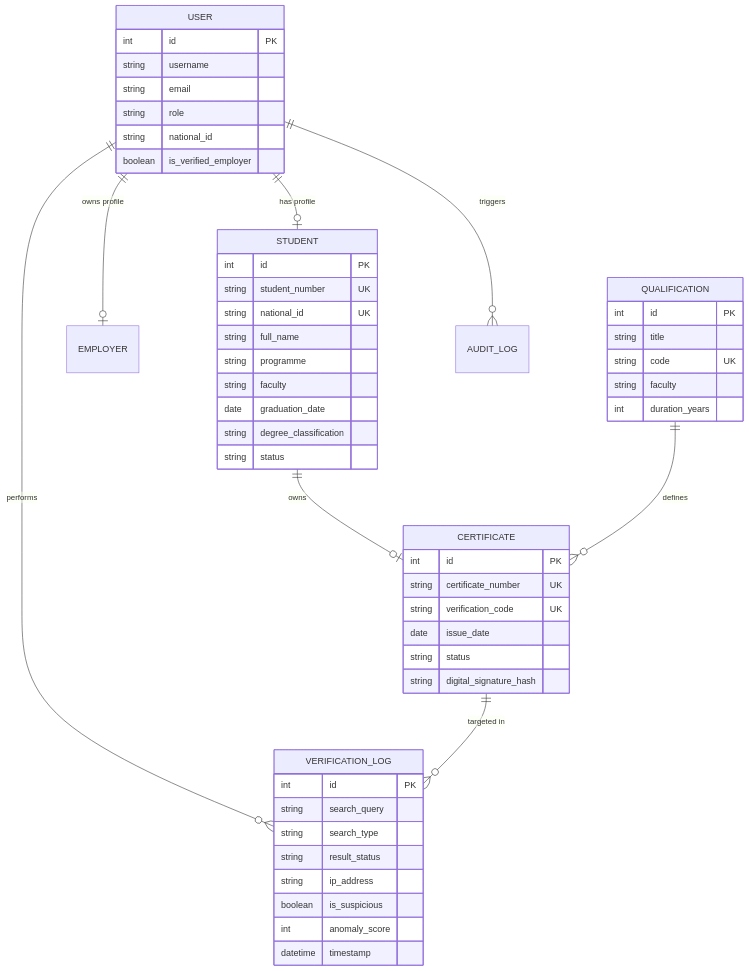
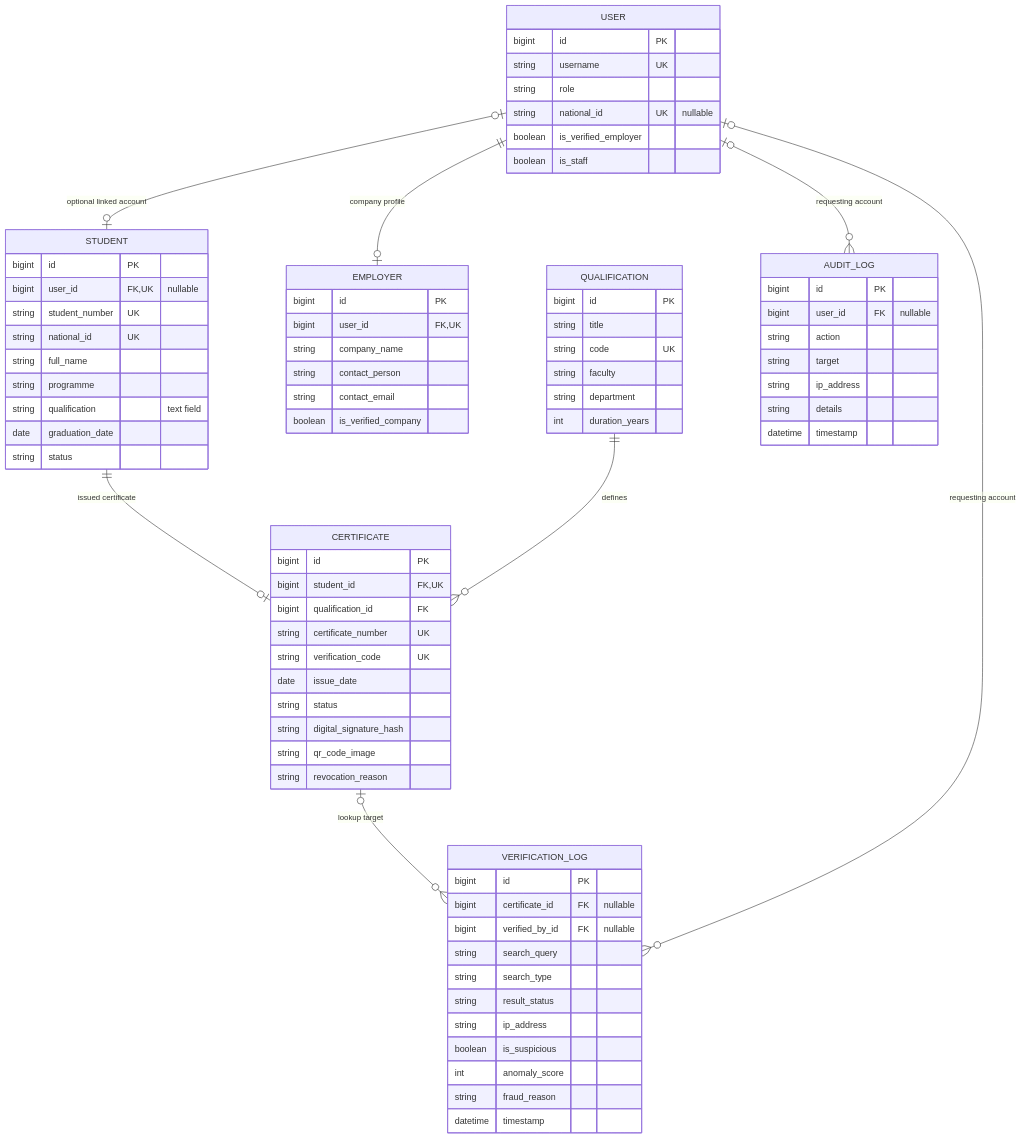
The first of 5 diagrams in docs/UML_DIAGRAMS.md (unclechipaz/qualification_verification_system), drawn with Mermaid before and after one commit. The commit also changed other lines of this file and 7 other files, not shown here.

````diff
--- a/docs/UML_DIAGRAMS.md
+++ b/docs/UML_DIAGRAMS.md
@@ -9,59 +11,80 @@
 ```mermaid
 erDiagram
-    USER ||--o| STUDENT : "has profile"
-    USER ||--o| EMPLOYER : "owns profile"
-    USER ||--o{ VERIFICATION_LOG : "performs"
-    STUDENT ||--o| CERTIFICATE : "owns"
+    USER |o--o| STUDENT : "optional linked account"
+    USER ||--o| EMPLOYER : "company profile"
+    STUDENT ||--o| CERTIFICATE : "issued certificate"
     QUALIFICATION ||--o{ CERTIFICATE : "defines"
-    CERTIFICATE ||--o{ VERIFICATION_LOG : "targeted in"
-    USER ||--o{ AUDIT_LOG : "triggers"
+    CERTIFICATE |o--o{ VERIFICATION_LOG : "lookup target"
+    USER |o--o{ VERIFICATION_LOG : "requesting account"
+    USER |o--o{ AUDIT_LOG : "requesting account"
 
     USER {
-        int id PK
-        string username
-        string email
+        bigint id PK
+        string username UK
         string role
-        string national_id
+        string national_id UK "nullable"
         boolean is_verified_employer
+        boolean is_staff
     }
-
     STUDENT {
-        int id PK
+        bigint id PK
+        bigint user_id FK,UK "nullable"
         string student_number UK
         string national_id UK
         string full_name
         string programme
-        string faculty
+        string qualification "text field"
         date graduation_date
-        string degree_classification
         string status
     }
-
+    EMPLOYER {
+        bigint id PK
+        bigint user_id FK,UK
+        string company_name
+        string contact_person
+        string contact_email
+        boolean is_verified_company
+    }
     QUALIFICATION {
-        int id PK
+        bigint id PK
         string title
         string code UK
         string faculty
+        string department
         int duration_years
     }
-
     CERTIFICATE {
-        int id PK
+        bigint id PK
+        bigint student_id FK,UK
+        bigint qualification_id FK
         string certificate_number UK
         string verification_code UK
         date issue_date
         string status
         string digital_signature_hash
+        string qr_code_image
+        string revocation_reason
     }
-
     VERIFICATION_LOG {
-        int id PK
+        bigint id PK
+        bigint certificate_id FK "nullable"
+        bigint verified_by_id FK "nullable"
         string search_query
         string search_type
         string result_status
         string ip_address
         boolean is_suspicious
         int anomaly_score
+        string fraud_reason
+        datetime timestamp
+    }
+    AUDIT_LOG {
+        bigint id PK
+        bigint user_id FK "nullable"
+        string action
+        string target
+        string ip_address
+        string details
         datetime timestamp
     }
 ```
````
